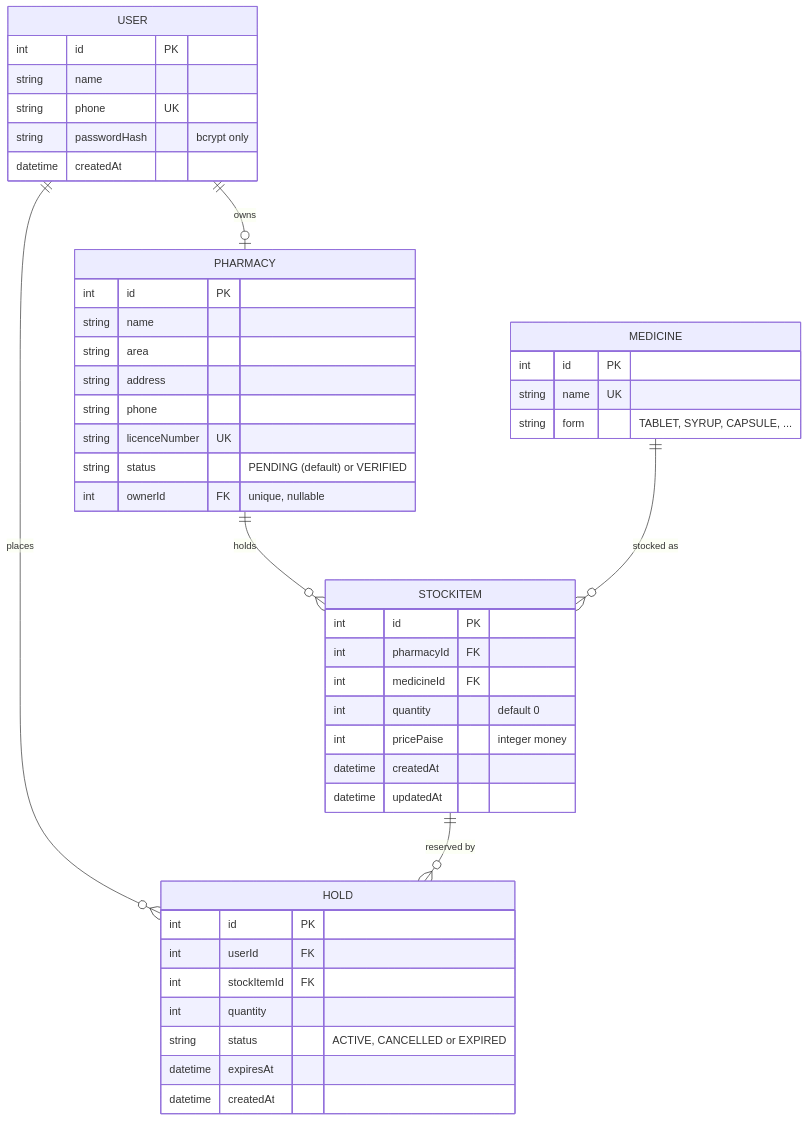
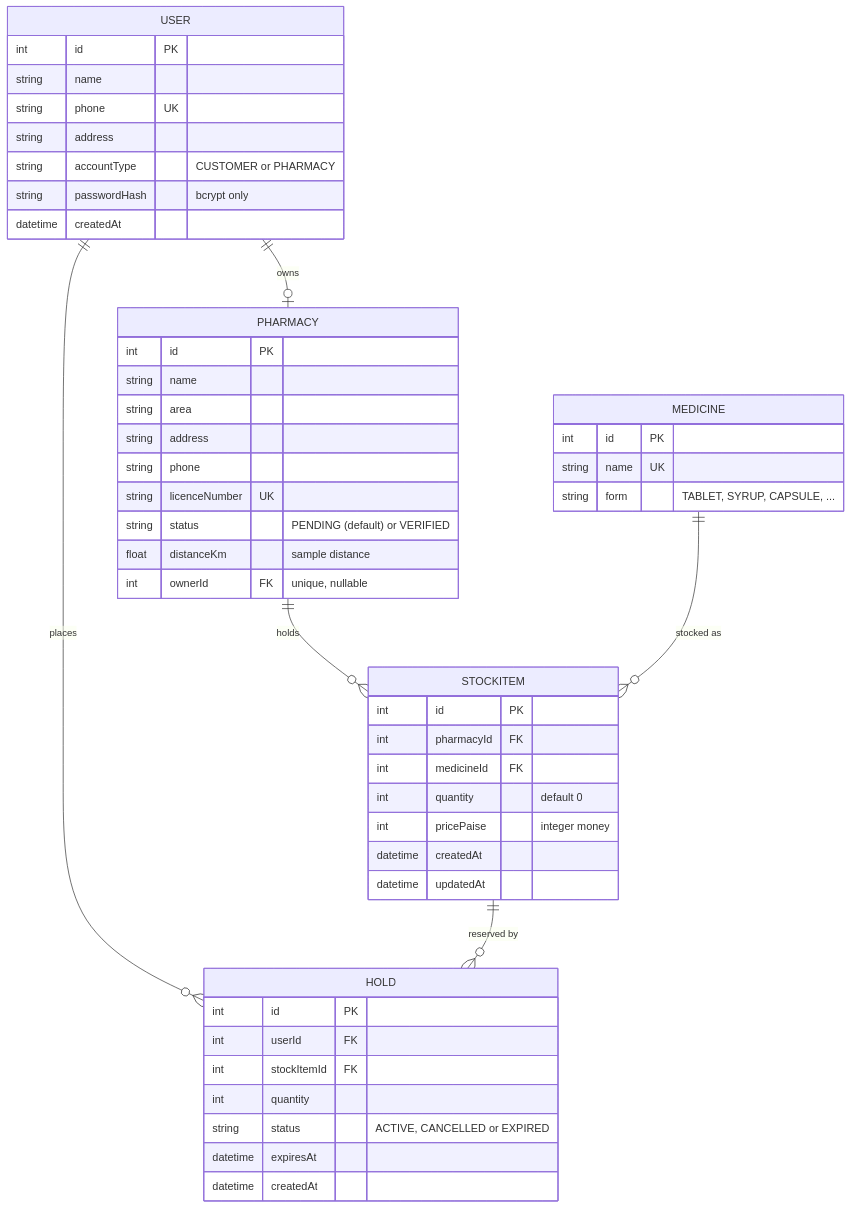
The third of 3 diagrams in README.md (vishalkbladerunner-create/velora_AP_2026), drawn with Mermaid before and after one commit. The commit also changed other lines of this file and 27 other files, not shown here.

````diff
--- a/README.md
+++ b/README.md
@@ -119,49 +126,52 @@
 ```mermaid
 erDiagram
     PHARMACY ||--o{ STOCKITEM : holds
     MEDICINE ||--o{ STOCKITEM : "stocked as"
     USER ||--o{ HOLD : places
     STOCKITEM ||--o{ HOLD : "reserved by"
     USER ||--o| PHARMACY : owns
 
     MEDICINE {
         int id PK
         string name UK
         string form "TABLET, SYRUP, CAPSULE, ..."
     }
     PHARMACY {
         int id PK
         string name
         string area
         string address
         string phone
         string licenceNumber UK
         string status "PENDING (default) or VERIFIED"
+        float distanceKm "sample distance"
         int ownerId FK "unique, nullable"
     }
     STOCKITEM {
         int id PK
         int pharmacyId FK
         int medicineId FK
         int quantity "default 0"
         int pricePaise "integer money"
         datetime createdAt
         datetime updatedAt
     }
     USER {
         int id PK
         string name
         string phone UK
+        string address
+        string accountType "CUSTOMER or PHARMACY"
         string passwordHash "bcrypt only"
         datetime createdAt
     }
     HOLD {
         int id PK
         int userId FK
         int stockItemId FK
         int quantity
         string status "ACTIVE, CANCELLED or EXPIRED"
         datetime expiresAt
         datetime createdAt
     }
 ```
````
